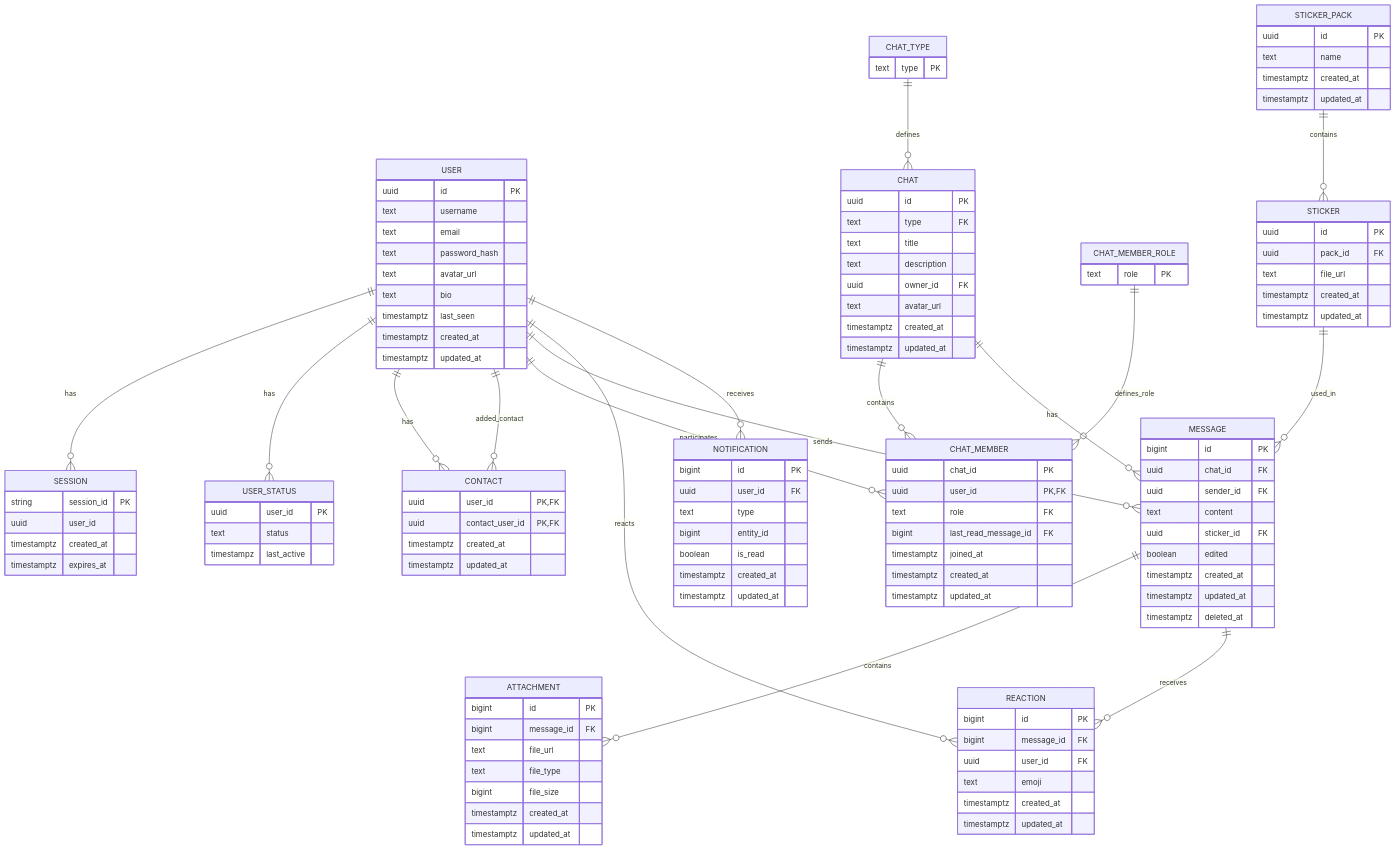
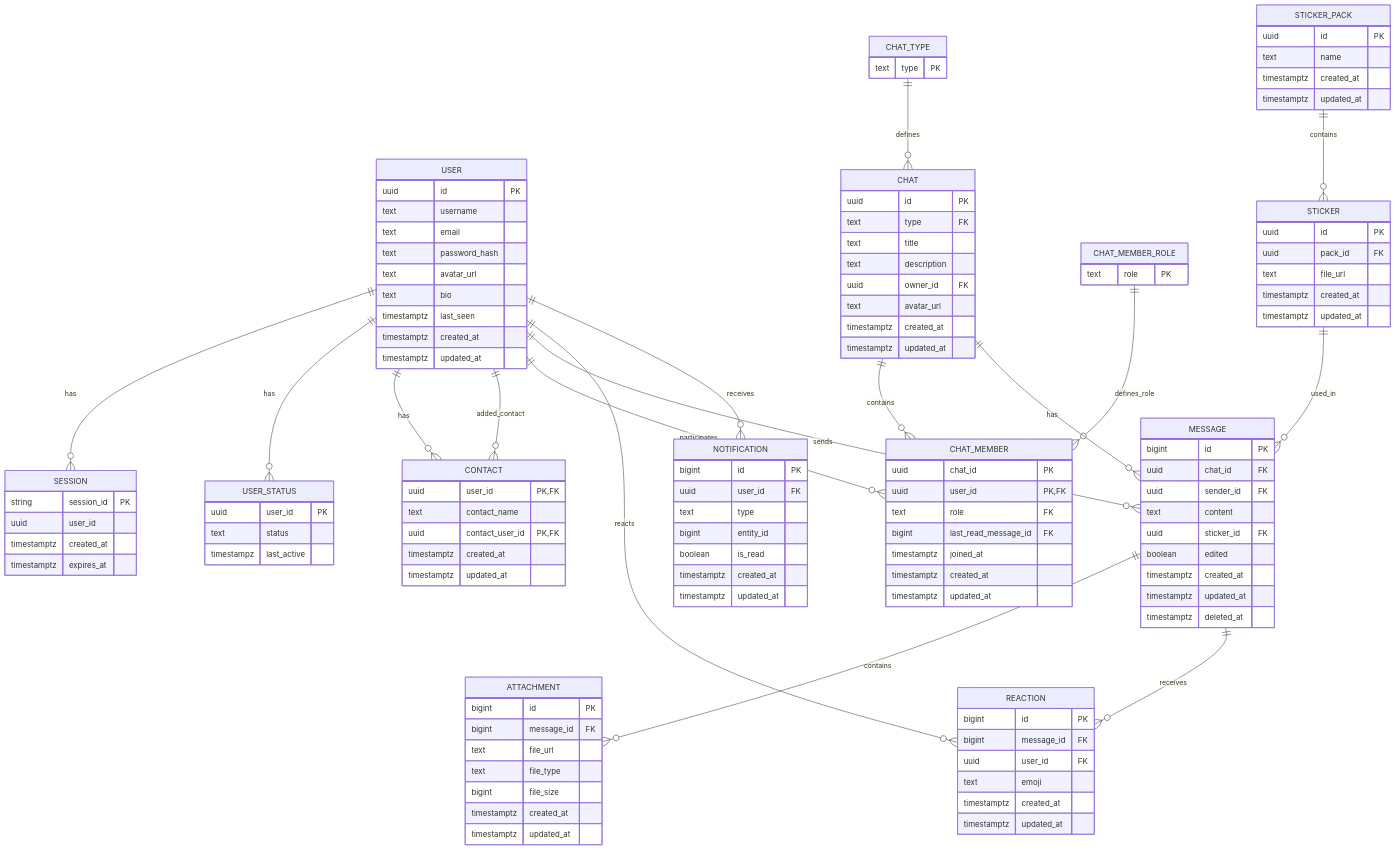
Before and after one commit to go-park-mail-ru/2026_1_ASAP: the diagram in db/normalized/realtions.md, drawn with Mermaid. The commit also changed other lines of this file, not shown here.

```diff
--- a/db/normalized/realtions.md
+++ b/db/normalized/realtions.md
@@ -168,6 +168,7 @@
 
     CONTACT {
         uuid user_id PK, FK
+        text contact_name
         uuid contact_user_id PK, FK
         timestamptz created_at
         timestamptz updated_at
```
